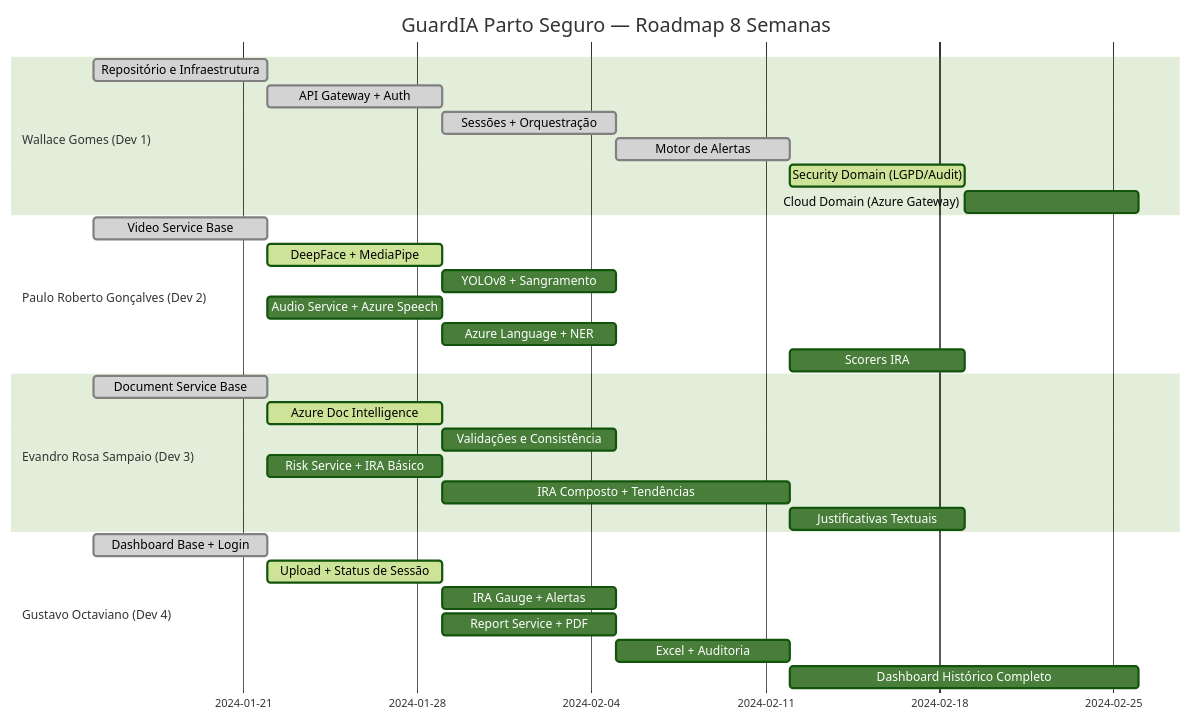
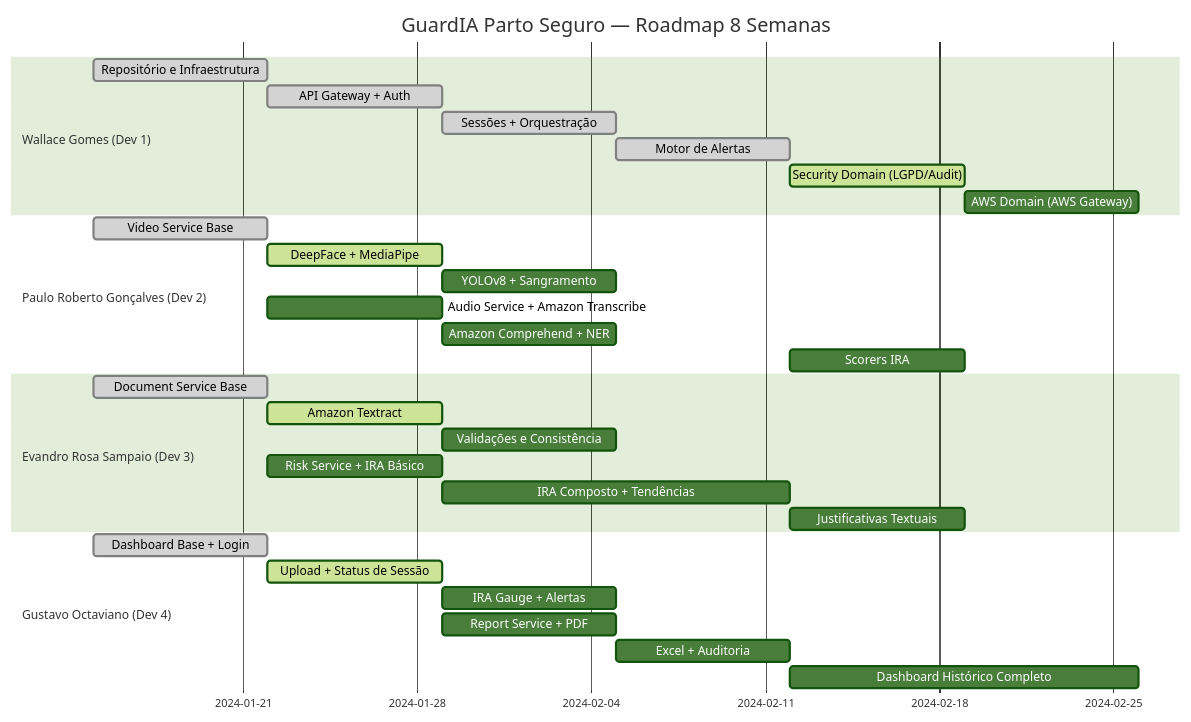
One commit to Wallace82/guardia-parto-seguro changed the diagram in docs/ROADMAP.md. Above: the diagram before and after it, drawn with Mermaid (forest theme). The commit also changed other lines of this file and 12 other files, not shown here.

Commit message:
docs: add project architectural, environmental, and planning documentation to the repository

````diff
--- a/docs/ROADMAP.md
+++ b/docs/ROADMAP.md
@@ -9,36 +9,36 @@
 ```mermaid
 gantt
     title GuardIA Parto Seguro — Roadmap 8 Semanas
     dateFormat  YYYY-MM-DD
     section Wallace Gomes (Dev 1)
     Repositório e Infraestrutura     :done, a1, 2024-01-15, 7d
     API Gateway + Auth               :done, a2, after a1, 7d
     Sessões + Orquestração           :done, a3, after a2, 7d
     Motor de Alertas                 :done, a4, after a3, 7d
     Security Domain (LGPD/Audit)     :active, a5, after a4, 7d
-    Cloud Domain (Azure Gateway)     :a6, after a5, 7d
+    AWS Domain (AWS Gateway)         :a6, after a5, 7d
 
     section Paulo Roberto Gonçalves (Dev 2)
     Video Service Base               :done, b1, 2024-01-15, 7d
     DeepFace + MediaPipe             :active, b2, after b1, 7d
     YOLOv8 + Sangramento             :b3, after b2, 7d
-    Audio Service + Azure Speech     :b4, 2024-01-22, 7d
-    Azure Language + NER             :b5, after b4, 7d
+    Audio Service + Amazon Transcribe:b4, 2024-01-22, 7d
+    Amazon Comprehend + NER          :b5, after b4, 7d
     Scorers IRA                      :b6, 2024-02-12, 7d
 
     section Evandro Rosa Sampaio (Dev 3)
     Document Service Base            :done, c1, 2024-01-15, 7d
-    Azure Doc Intelligence           :active, c2, after c1, 7d
+    Amazon Textract                  :active, c2, after c1, 7d
     Validações e Consistência        :c3, after c2, 7d
     Risk Service + IRA Básico        :c4, 2024-01-22, 7d
     IRA Composto + Tendências        :c5, after c4, 14d
     Justificativas Textuais          :c6, 2024-02-12, 7d
 
     section Gustavo Octaviano (Dev 4)
     Dashboard Base + Login           :done, d1, 2024-01-15, 7d
     Upload + Status de Sessão        :active, d2, after d1, 7d
     IRA Gauge + Alertas              :d3, after d2, 7d
     Report Service + PDF             :d4, 2024-01-29, 7d
     Excel + Auditoria                :d5, after d4, 7d
     Dashboard Histórico Completo     :d6, 2024-02-12, 14d
 ```
````
